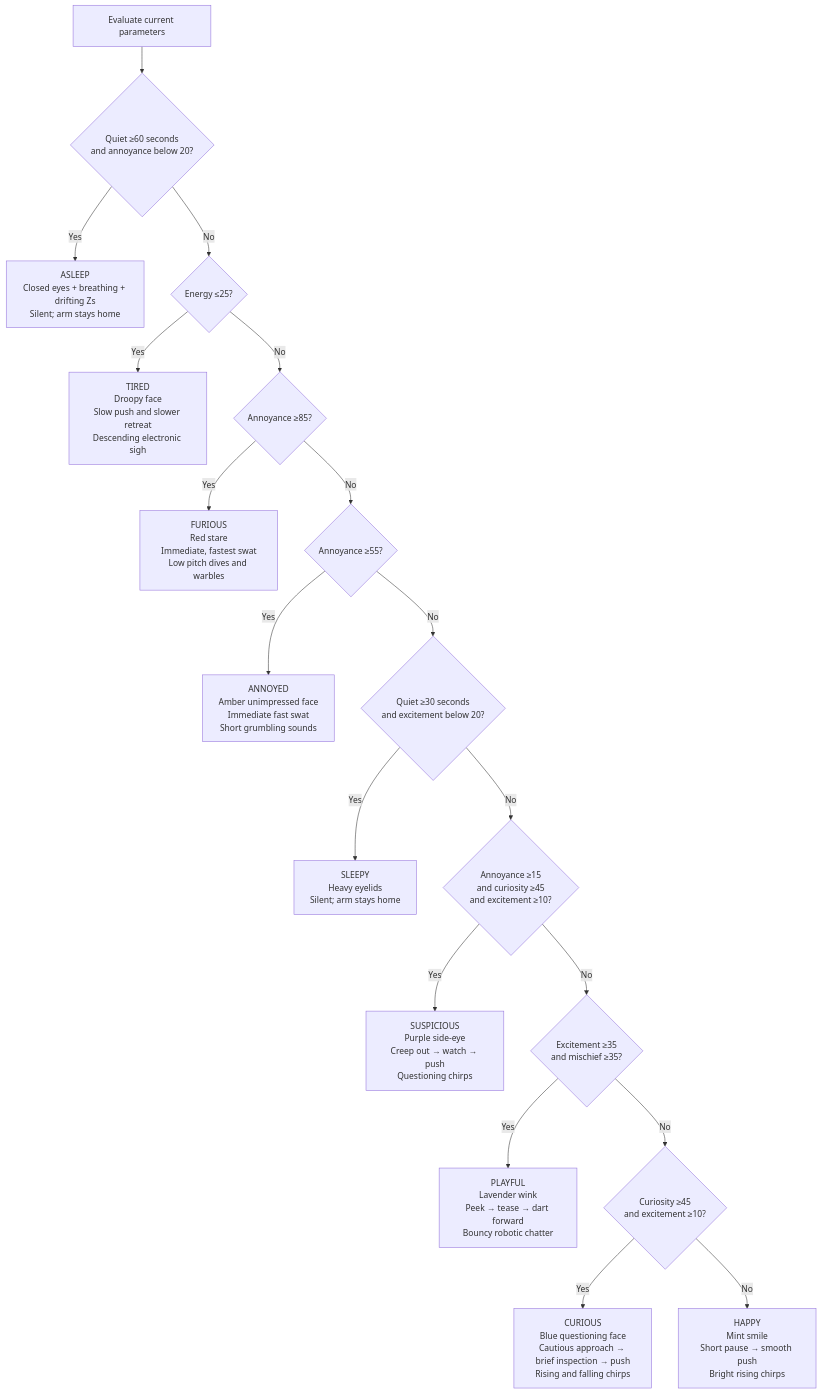
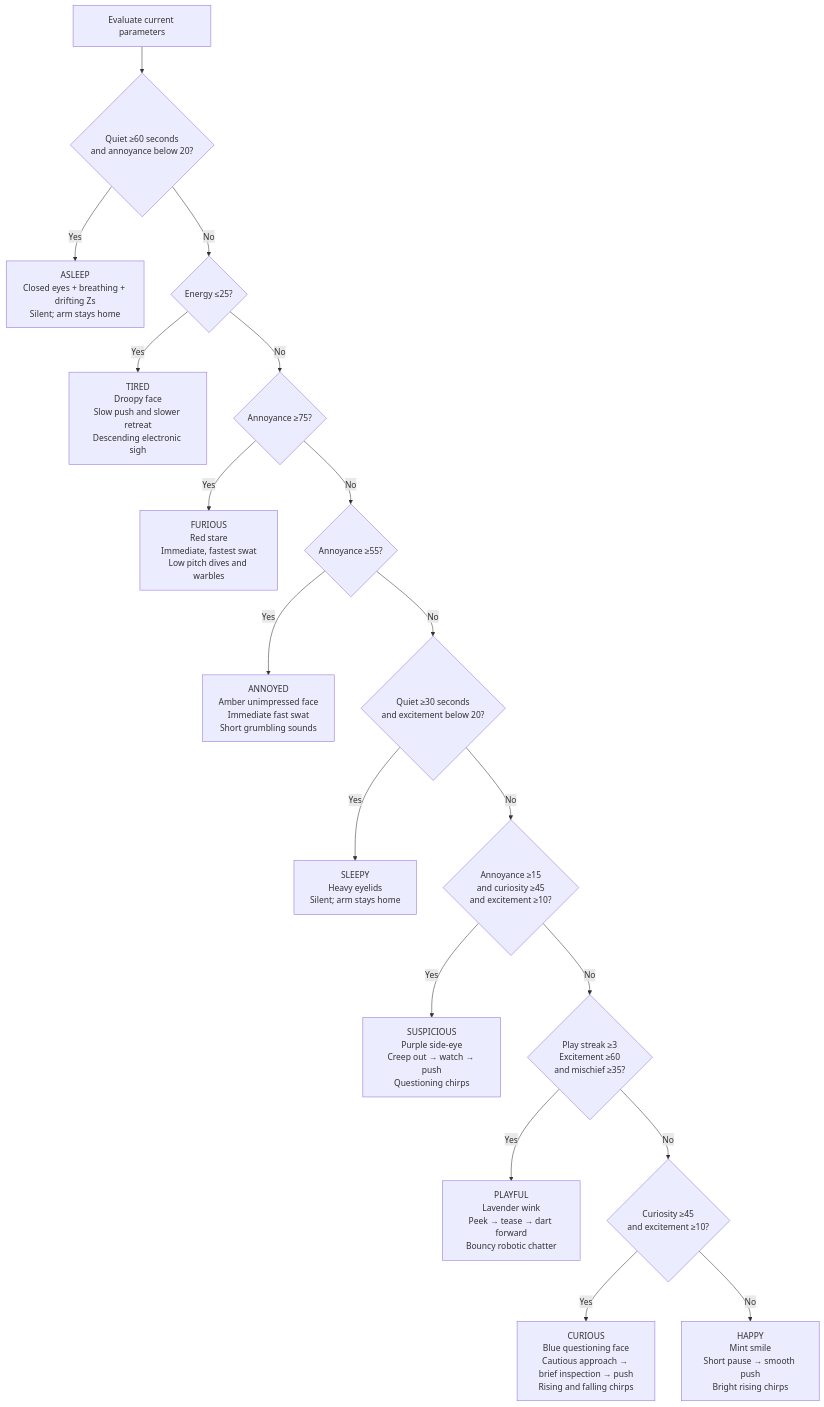
The second of 3 diagrams in docs/personality-flowchart.md (stuii/useless-machine), drawn with Mermaid before and after one commit. The commit also changed other lines of this file and 11 other files, not shown here.

````diff
--- a/docs/personality-flowchart.md
+++ b/docs/personality-flowchart.md
@@ -47,20 +48,20 @@
 ```mermaid
 flowchart TD
     START["Evaluate current parameters"] --> Q1{"Quiet ≥60 seconds<br/>and annoyance below 20?"}
     Q1 -->|Yes| SLEEP["ASLEEP<br/>Closed eyes + breathing + drifting Zs<br/>Silent; arm stays home"]
     Q1 -->|No| Q2{"Energy ≤25?"}
     Q2 -->|Yes| TIRED["TIRED<br/>Droopy face<br/>Slow push and slower retreat<br/>Descending electronic sigh"]
-    Q2 -->|No| Q3{"Annoyance ≥85?"}
+    Q2 -->|No| Q3{"Annoyance ≥75?"}
     Q3 -->|Yes| FURIOUS["FURIOUS<br/>Red stare<br/>Immediate, fastest swat<br/>Low pitch dives and warbles"]
     Q3 -->|No| Q4{"Annoyance ≥55?"}
     Q4 -->|Yes| ANNOYED["ANNOYED<br/>Amber unimpressed face<br/>Immediate fast swat<br/>Short grumbling sounds"]
     Q4 -->|No| Q5{"Quiet ≥30 seconds<br/>and excitement below 20?"}
     Q5 -->|Yes| SLEEPY["SLEEPY<br/>Heavy eyelids<br/>Silent; arm stays home"]
     Q5 -->|No| Q6{"Annoyance ≥15<br/>and curiosity ≥45<br/>and excitement ≥10?"}
     Q6 -->|Yes| SUSPICIOUS["SUSPICIOUS<br/>Purple side-eye<br/>Creep out → watch → push<br/>Questioning chirps"]
-    Q6 -->|No| Q7{"Excitement ≥35<br/>and mischief ≥35?"}
+    Q6 -->|No| Q7{"Play streak ≥3<br/>Excitement ≥60<br/>and mischief ≥35?"}
     Q7 -->|Yes| PLAYFUL["PLAYFUL<br/>Lavender wink<br/>Peek → tease → dart forward<br/>Bouncy robotic chatter"]
     Q7 -->|No| Q8{"Curiosity ≥45<br/>and excitement ≥10?"}
     Q8 -->|Yes| CURIOUS["CURIOUS<br/>Blue questioning face<br/>Cautious approach → brief inspection → push<br/>Rising and falling chirps"]
     Q8 -->|No| HAPPY["HAPPY<br/>Mint smile<br/>Short pause → smooth push<br/>Bright rising chirps"]
 ```
````
